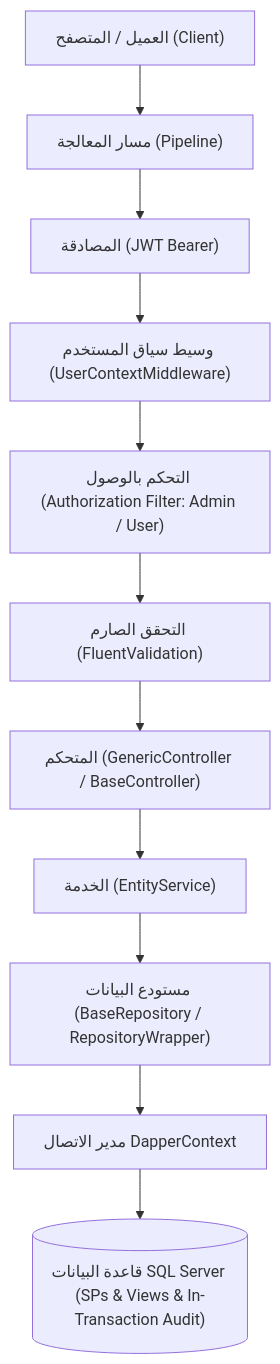
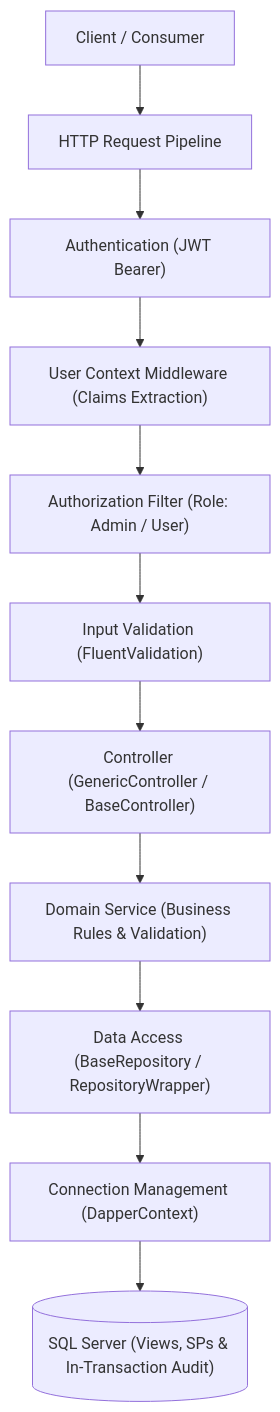
One commit to Abbas-F-R/Training_Project changed the diagram in Documentation/Architecture-Guide.md. Above: the diagram before and after it, drawn with Mermaid. The commit also changed other lines of this file and 111 other files, not shown here.

````diff
--- a/Documentation/Architecture-Guide.md
+++ b/Documentation/Architecture-Guide.md
@@ -11,13 +13,13 @@
 ```mermaid
 graph TD
-    Client["العميل / المتصفح (Client)"] --> Pipeline["مسار المعالجة (Pipeline)"]
-    Pipeline --> Auth["المصادقة (JWT Bearer)"]
-    Auth --> UserCtx["وسيط سياق المستخدم (UserContextMiddleware)"]
-    UserCtx --> Authorize["التحكم بالوصول (Authorization Filter: Admin / User)"]
-    Authorize --> Validator["التحقق الصارم (FluentValidation)"]
-    Validator --> Controller["المتحكم (GenericController / BaseController)"]
-    Controller --> Service["الخدمة (EntityService)"]
-    Service --> Repos["مستودع البيانات (BaseRepository / RepositoryWrapper)"]
-    Repos --> Dapper["مدير الاتصال DapperContext"]
-    Dapper --> DB[("قاعدة البيانات SQL Server (SPs & Views & In-Transaction Audit)")]
+    Client["Client / Consumer"] --> Pipeline["HTTP Request Pipeline"]
+    Pipeline --> Auth["Authentication (JWT Bearer)"]
+    Auth --> UserCtx["User Context Middleware (Claims Extraction)"]
+    UserCtx --> Authorize["Authorization Filter (Role: Admin / User)"]
+    Authorize --> Validator["Input Validation (FluentValidation)"]
+    Validator --> Controller["Controller (GenericController / BaseController)"]
+    Controller --> Service["Domain Service (Business Rules & Validation)"]
+    Service --> Repos["Data Access (BaseRepository / RepositoryWrapper)"]
+    Repos --> Dapper["Connection Management (DapperContext)"]
+    Dapper --> DB[("SQL Server (Views, SPs & In-Transaction Audit)")]
 ```
````
